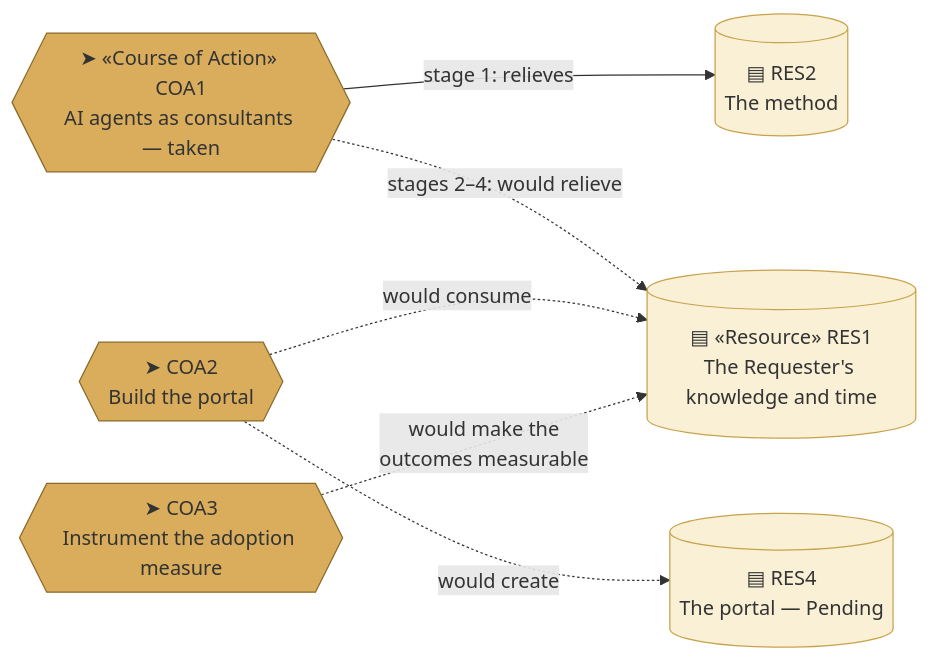
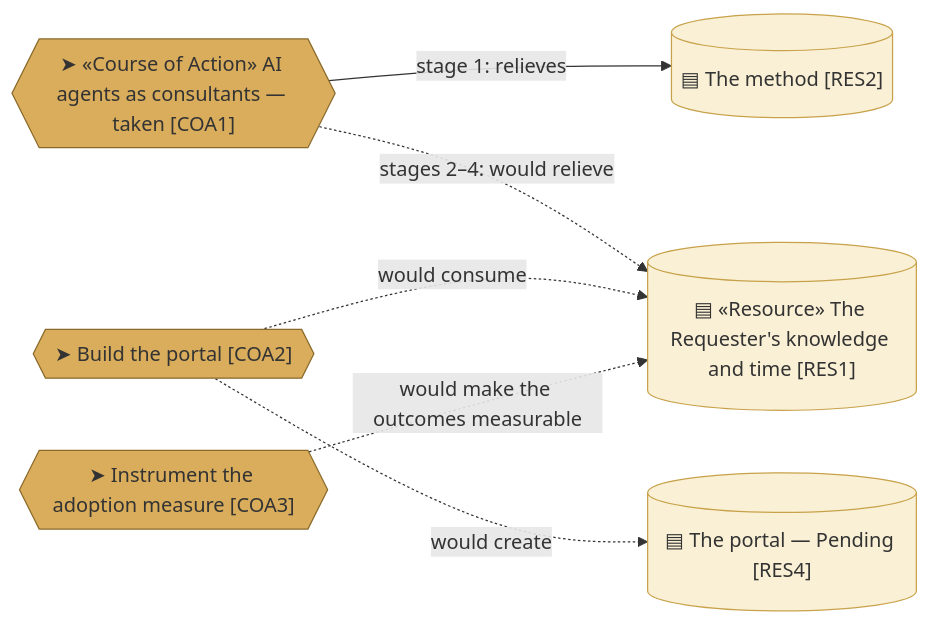
The sixth of 6 diagrams in org-archreator/architecture/1_strategy/2_capabilities-and-resources.md (roanboc/architecture-archreator), drawn with Mermaid before and after one commit. The commit also changed other lines of this file and 38 other files, not shown here.

````diff
--- a/org-archreator/architecture/1_strategy/2_capabilities-and-resources.md
+++ b/org-archreator/architecture/1_strategy/2_capabilities-and-resources.md
@@ -277,19 +277,19 @@
 ```mermaid
 flowchart LR
-  coa1{{"➤ «Course of Action» COA1<br>AI agents as consultants — taken"}}:::action
-  coa2{{"➤ COA2<br>Build the portal"}}:::action
-  coa3{{"➤ COA3<br>Instrument the adoption measure"}}:::action
+  coa1{{"➤ «Course of Action» AI agents as consultants — taken [COA1]"}}:::action
+  coa2{{"➤ Build the portal [COA2]"}}:::action
+  coa3{{"➤ Instrument the adoption measure [COA3]"}}:::action
 
-  res1[("▤ «Resource» RES1<br>The Requester's knowledge and time")]:::resource
-  res2[("▤ RES2<br>The method")]:::resource
-  res4[("▤ RES4<br>The portal — Pending")]:::resource
+  res1[("▤ «Resource» The Requester's knowledge and time [RES1]")]:::resource
+  res2[("▤ The method [RES2]")]:::resource
+  res4[("▤ The portal — Pending [RES4]")]:::resource
 
   coa1 -->|stage 1: relieves| res2
   coa1 -.->|stages 2–4: would relieve| res1
   coa2 -.->|would create| res4
   coa2 -.->|would consume| res1
-  coa3 -.->|would make the<br>outcomes measurable| res1
+  coa3 -.->|would make the outcomes measurable| res1
 
   classDef action fill:#d9ad5c,stroke:#8a6a2a,color:#333
   classDef resource fill:#faf0d5,stroke:#c8a24a,color:#333
 ```
````
